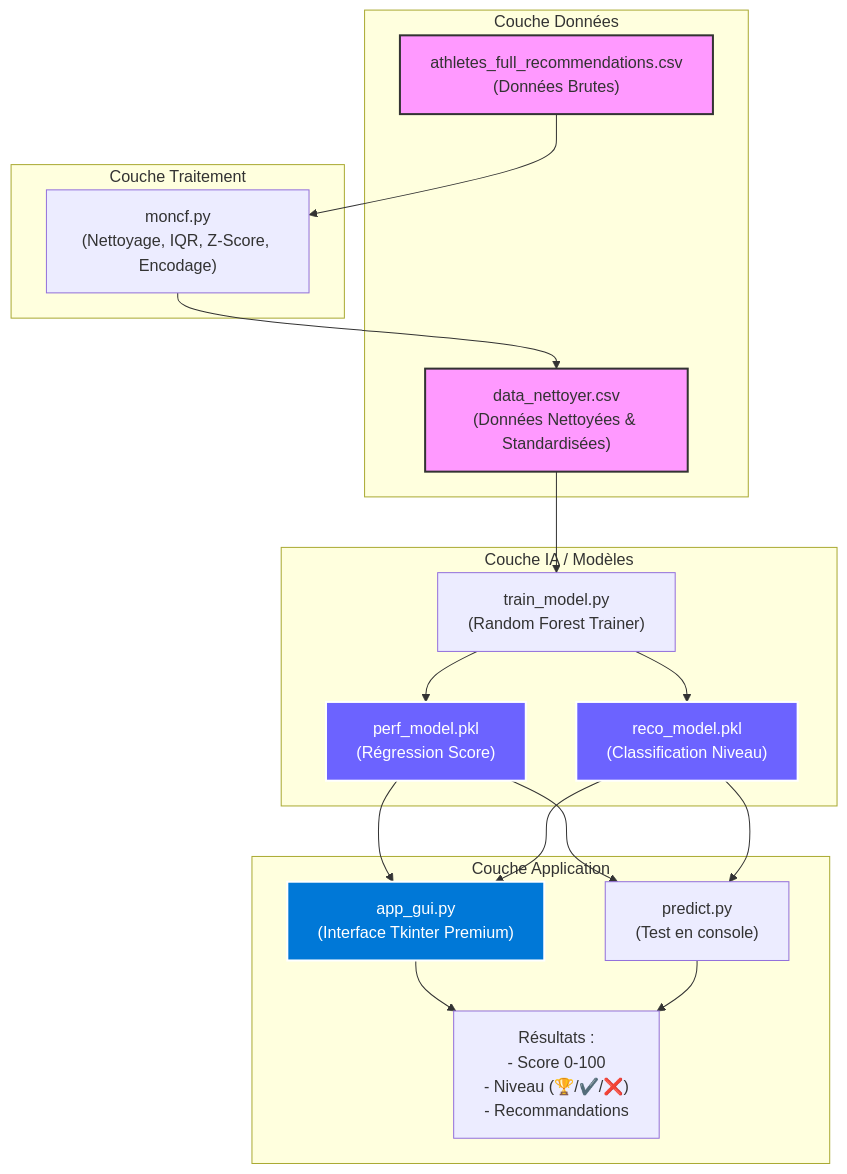
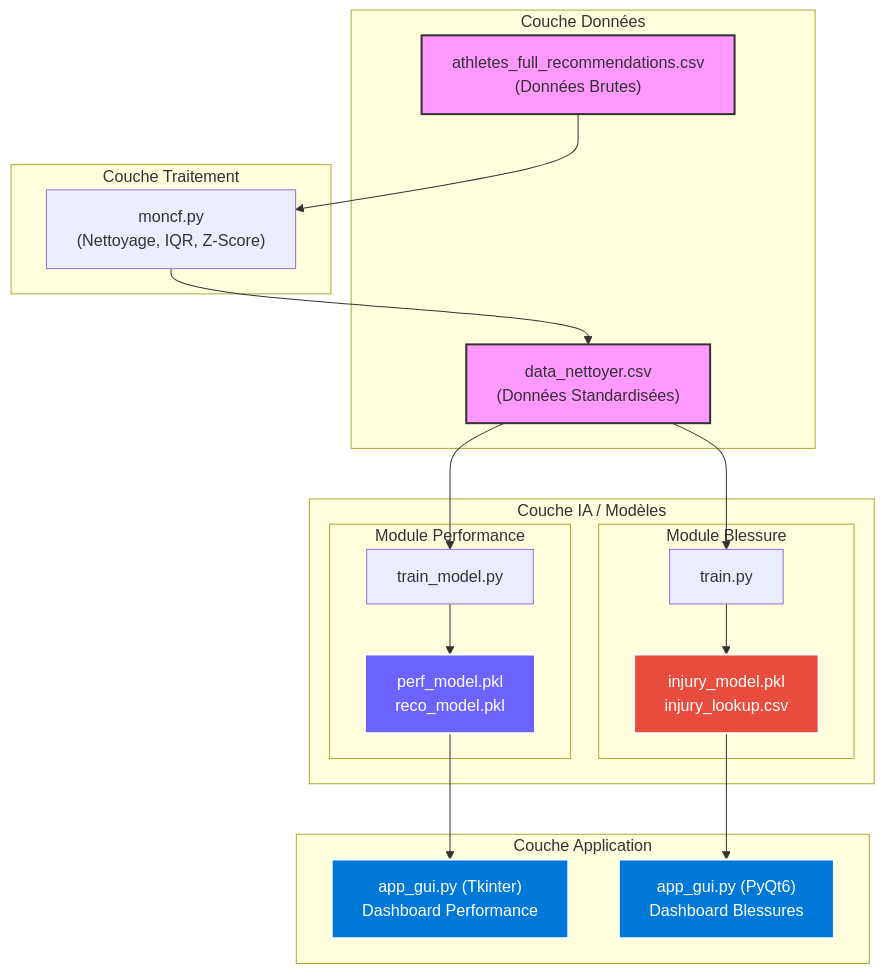
One commit to brahimcode604/sport-performance-optimization changed the diagram in README.md. Above: the diagram before and after it, drawn with Mermaid. The commit also changed other lines of this file, not shown here.

Commit message:
docs: mise à jour de l'architecture et du README avec le module complet des blessures

````diff
--- a/README.md
+++ b/README.md
@@ -43,43 +53,45 @@
 ```mermaid
 flowchart TD
     subgraph Data_Layer [Couche Données]
         RawData["athletes_full_recommendations.csv<br/>(Données Brutes)"]
-        CleanData["data_nettoyer.csv<br/>(Données Nettoyées & Standardisées)"]
+        CleanData["data_nettoyer.csv<br/>(Données Standardisées)"]
     end
 
     subgraph Processing_Layer [Couche Traitement]
-        Cleaning["moncf.py<br/>(Nettoyage, IQR, Z-Score, Encodage)"]
+        Cleaning["moncf.py<br/>(Nettoyage, IQR, Z-Score)"]
     end
 
     subgraph Model_Layer [Couche IA / Modèles]
-        Training["train_model.py<br/>(Random Forest Trainer)"]
-        PerfModel["perf_model.pkl<br/>(Régression Score)"]
-        RecoModel["reco_model.pkl<br/>(Classification Niveau)"]
+        subgraph Perf_Module [Module Performance]
+            TrainPerf["train_model.py"]
+            PerfModel["perf_model.pkl<br/>reco_model.pkl"]
+        end
+        subgraph Injury_Module [Module Blessure]
+            TrainInj["train.py"]
+            InjModel["injury_model.pkl<br/>injury_lookup.csv"]
+        end
     end
 
     subgraph Application_Layer [Couche Application]
-        GUI["app_gui.py<br/>(Interface Tkinter Premium)"]
-        CLI["predict.py<br/>(Test en console)"]
-        Outputs["Résultats :<br/>- Score 0-100<br/>- Niveau (🏆/✔️/❌)<br/>- Recommandations"]
+        GUI_Perf["app_gui.py (Tkinter)<br/>Dashboard Performance"]
+        GUI_Inj["app_gui.py (PyQt6)<br/>Dashboard Blessures"]
     end
 
     RawData --> Cleaning
     Cleaning --> CleanData
-    CleanData --> Training
-    Training --> PerfModel
-    Training --> RecoModel
+    CleanData --> TrainPerf
+    CleanData --> TrainInj
     
-    PerfModel --> GUI
-    RecoModel --> GUI
-    PerfModel --> CLI
-    RecoModel --> CLI
+    TrainPerf --> PerfModel
+    TrainInj --> InjModel
     
-    GUI --> Outputs
-    CLI --> Outputs
+    PerfModel --> GUI_Perf
+    InjModel --> GUI_Inj
 
     style RawData fill:#f9f,stroke:#333,stroke-width:2px
     style CleanData fill:#f9f,stroke:#333,stroke-width:2px
     style PerfModel fill:#6C63FF,stroke:#fff,stroke-width:2px,color:#fff
-    style RecoModel fill:#6C63FF,stroke:#fff,stroke-width:2px,color:#fff
-    style GUI fill:#0078D7,stroke:#fff,stroke-width:2px,color:#fff
+    style InjModel fill:#E74C3C,stroke:#fff,stroke-width:2px,color:#fff
+    style GUI_Perf fill:#0078D7,stroke:#fff,stroke-width:2px,color:#fff
+    style GUI_Inj fill:#0078D7,stroke:#fff,stroke-width:2px,color:#fff
 ```
````
